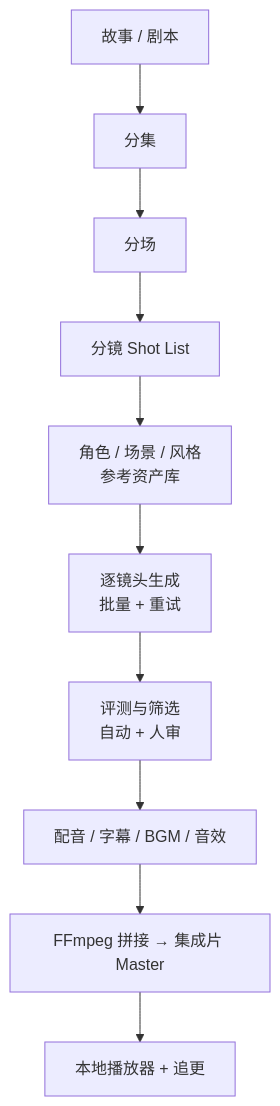
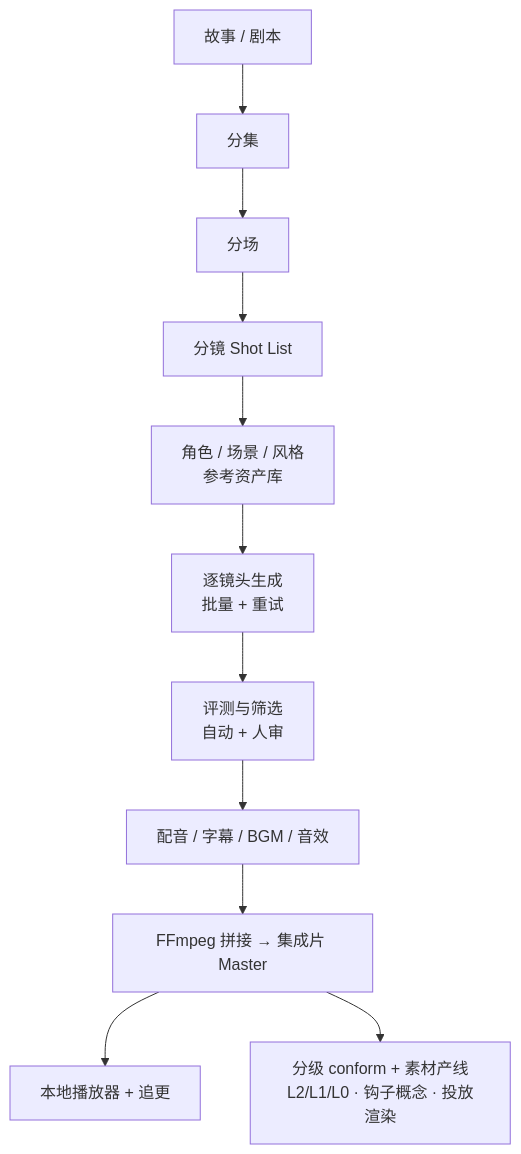
The diagram in docs/_src/00-overview.md (JasonZQH/AI-Drama-NA), drawn with Mermaid before and after one commit. The commit also changed other lines of this file and 35 other files, not shown here.

````diff
--- a/docs/_src/00-overview.md
+++ b/docs/_src/00-overview.md
@@ -40,12 +40,13 @@
 ```mermaid
 flowchart TD
     A["故事 / 剧本"] --> B["分集"]
     B --> C["分场"]
     C --> D["分镜 Shot List"]
     D --> E["角色 / 场景 / 风格<br/>参考资产库"]
     E --> F["逐镜头生成<br/>批量 + 重试"]
     F --> G["评测与筛选<br/>自动 + 人审"]
     G --> H["配音 / 字幕 / BGM / 音效"]
     H --> I["FFmpeg 拼接 → 集成片 Master"]
     I --> J["本地播放器 + 追更"]
+    I --> K["分级 conform + 素材产线<br/>L2/L1/L0 · 钩子概念 · 投放渲染"]
 ```
````
